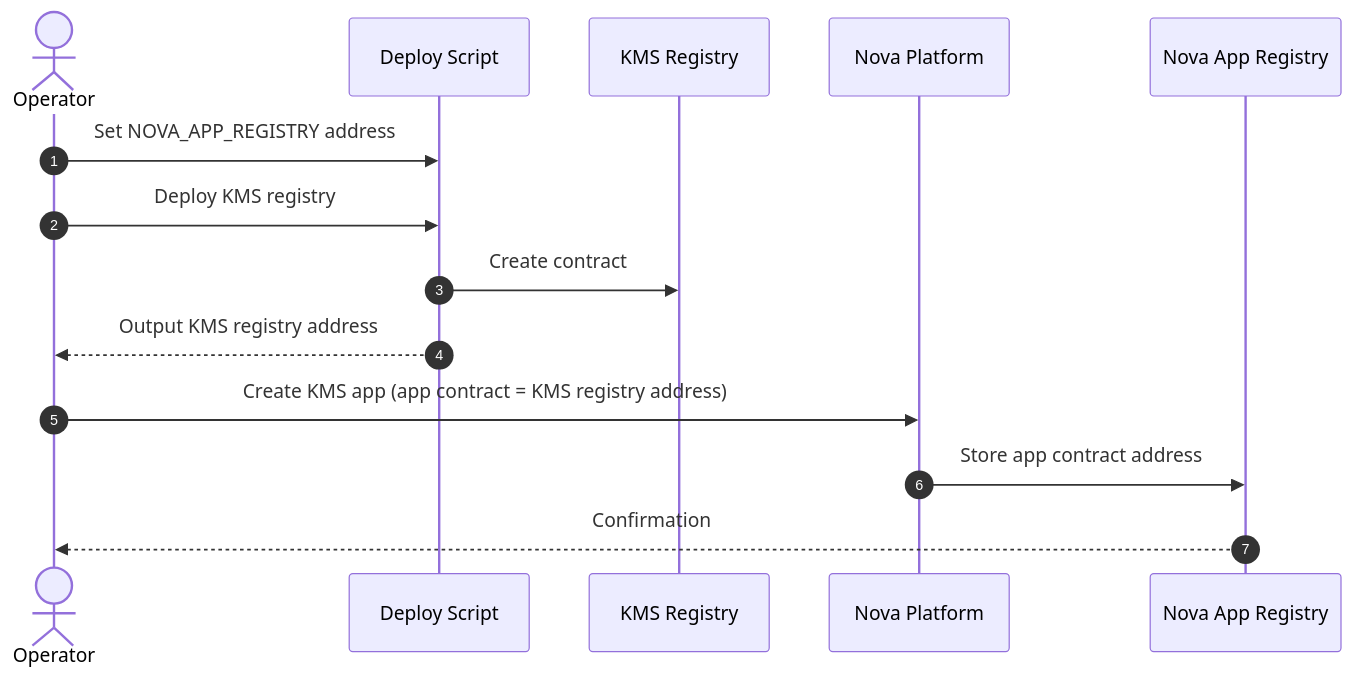
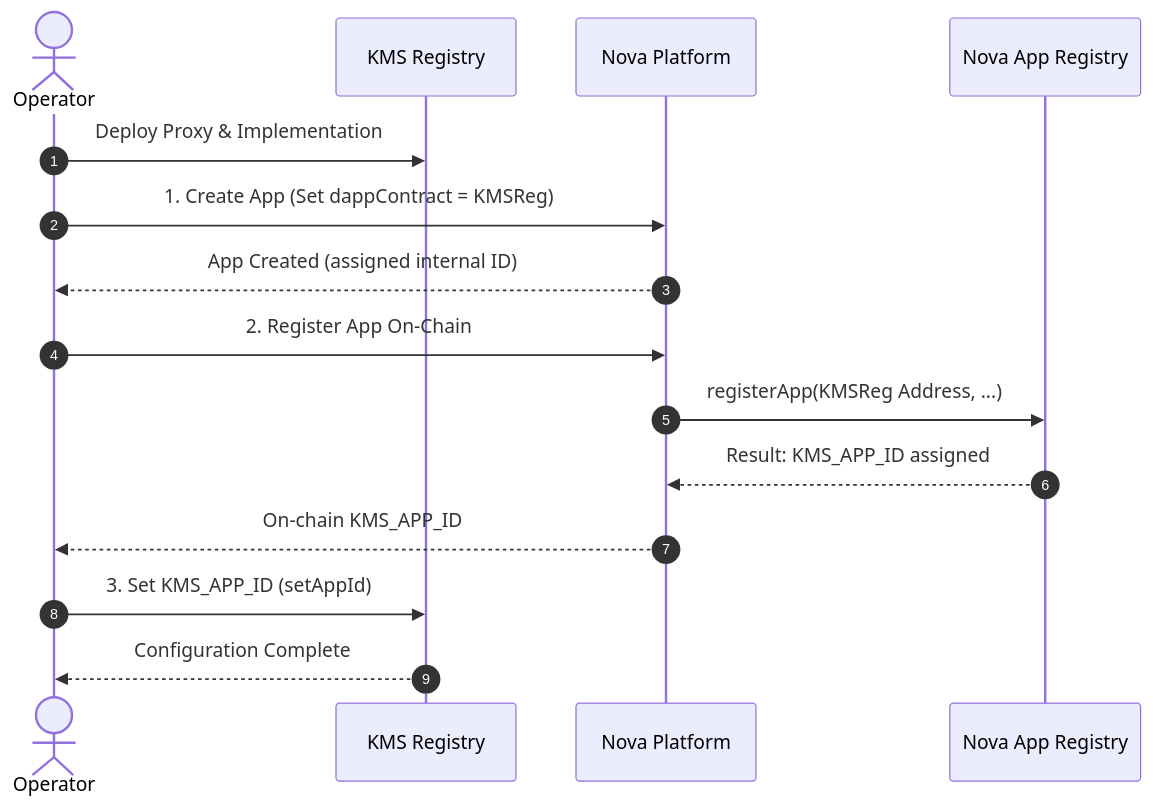
The first of 5 diagrams in docs/kms-core-workflows.md (sparsity-xyz/nova-kms), drawn with Mermaid before and after one commit. The commit also changed other lines of this file and 4 other files, not shown here.

````diff
--- a/docs/kms-core-workflows.md
+++ b/docs/kms-core-workflows.md
@@ -18,17 +28,21 @@
 ```mermaid
 sequenceDiagram
     autonumber
     actor Operator
-    participant DeployScript as Deploy Script
-    participant KMSRegistry as KMS Registry
-    participant NovaPlatform as Nova Platform
-    participant NovaRegistry as Nova App Registry
+    participant KMSReg as KMS Registry
+    participant Platform as Nova Platform
+    participant AppReg as Nova App Registry
 
-    Operator->>DeployScript: Set NOVA_APP_REGISTRY address
-    Operator->>DeployScript: Deploy KMS registry
-    DeployScript->>KMSRegistry: Create contract
-    DeployScript-->>Operator: Output KMS registry address
-    Operator->>NovaPlatform: Create KMS app (app contract = KMS registry address)
-    NovaPlatform->>NovaRegistry: Store app contract address
-    NovaRegistry-->>Operator: Confirmation
+    Operator->>KMSReg: Deploy Proxy & Implementation
+    
+    Operator->>Platform: 1. Create App (Set dappContract = KMSReg)
+    Platform-->>Operator: App Created (assigned internal ID)
+    
+    Operator->>Platform: 2. Register App On-Chain
+    Platform->>AppReg: registerApp(KMSReg Address, ...)
+    AppReg-->>Platform: Result: KMS_APP_ID assigned
+    Platform-->>Operator: On-chain KMS_APP_ID
+    
+    Operator->>KMSReg: 3. Set KMS_APP_ID (setAppId)
+    KMSReg-->>Operator: Configuration Complete
 ```
````
